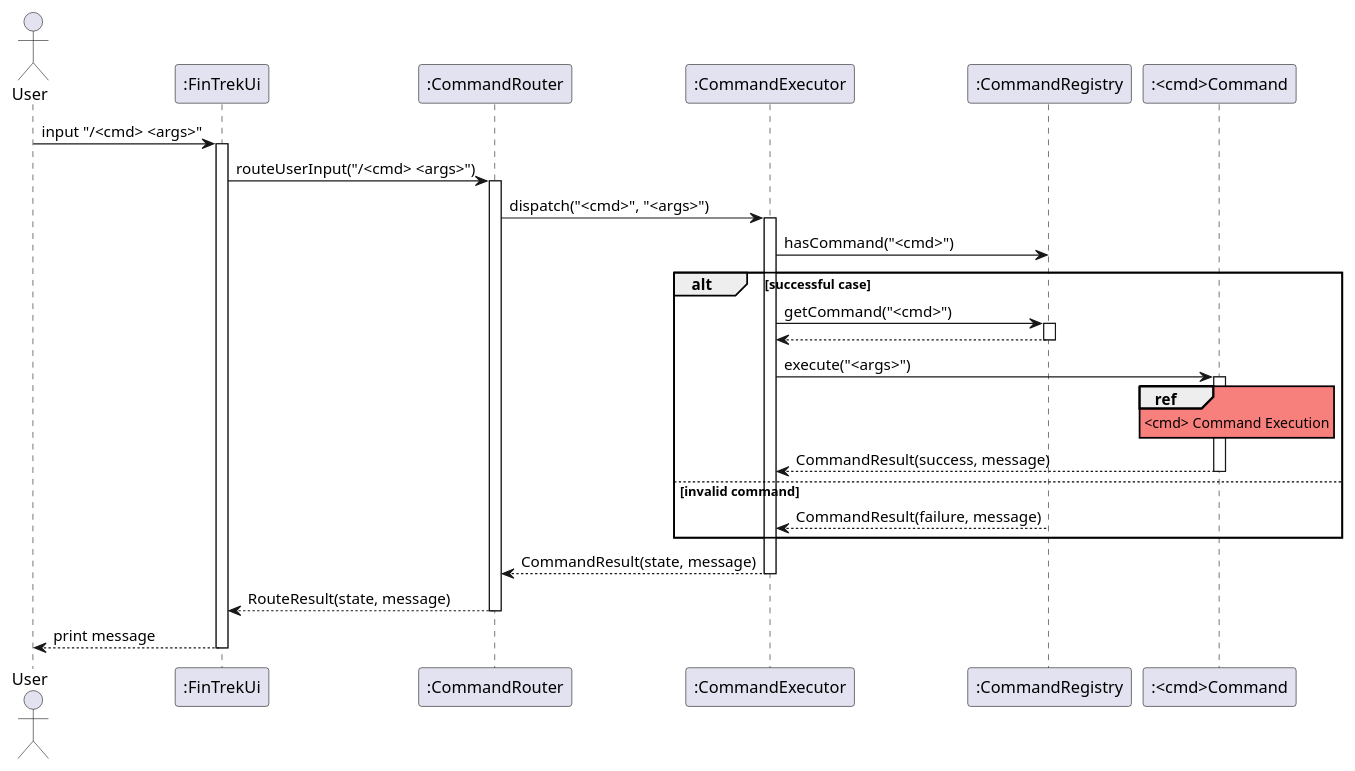
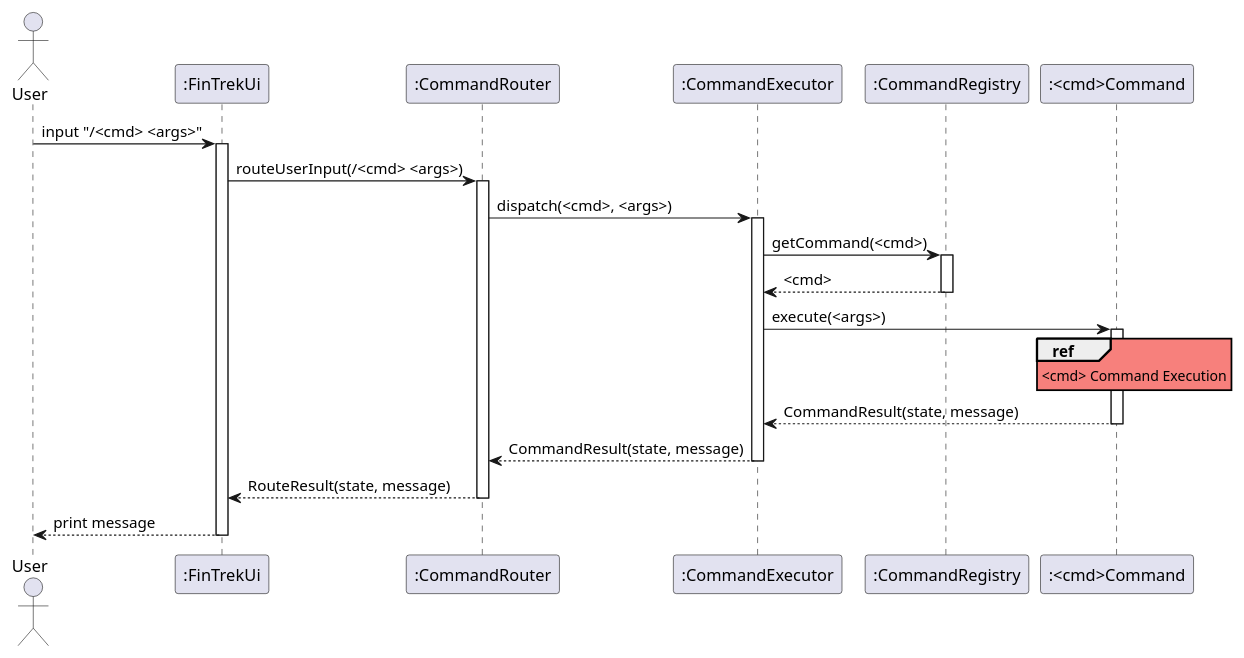
Before and after one commit to randust/tp: the diagram in docs/diagrams/sequence/parse_w_ref.puml, drawn with PlantUML. The commit also changed 14 other files, not shown here.

Commit message:
Refactor Summary Command, update summary sequence diagram

```diff
--- a/docs/diagrams/sequence/parse_w_ref.puml
+++ b/docs/diagrams/sequence/parse_w_ref.puml
@@ -1,57 +1,48 @@
 @startuml
 skinparam sequenceReferenceBackgroundColor #f7807c
 actor "User" as user
 participant ":FinTrekUi" as FT
 participant ":CommandRouter" as router
 participant ":CommandExecutor" as executor
 participant ":CommandRegistry" as registry
 
 participant ":<cmd>Command" as SC
 
 
 user -> FT: input "/<cmd> <args>"
 activate FT
 
 
-FT -> router: routeUserInput("/<cmd> <args>")
+FT -> router: routeUserInput(/<cmd> <args>)
 activate router
 
-router -> executor: dispatch("<cmd>", "<args>")
+router -> executor: dispatch(<cmd>, <args>)
 activate executor
 
-executor -> registry: hasCommand("<cmd>")
-
-alt successful case
-executor -> registry: getCommand("<cmd>")
+executor -> registry: getCommand(<cmd>)
 activate registry
 
-registry --> executor
+registry --> executor: <cmd>
 deactivate registry
 
-executor -> SC: execute("<args>")
+executor -> SC: execute(<args>)
 activate SC
 
 
 ref over SC
 <cmd> Command Execution
 end ref
 
-SC --> executor: CommandResult(success, message)
+SC --> executor: CommandResult(state, message)
 deactivate SC
-
-else invalid command
-
-registry --> executor: CommandResult(failure, message)
-end
-
 
 executor --> router: CommandResult(state, message)
 deactivate executor
 
 router --> FT: RouteResult(state, message)
 deactivate router
 
 FT --> user: print message
 deactivate FT
 
 @enduml
```
